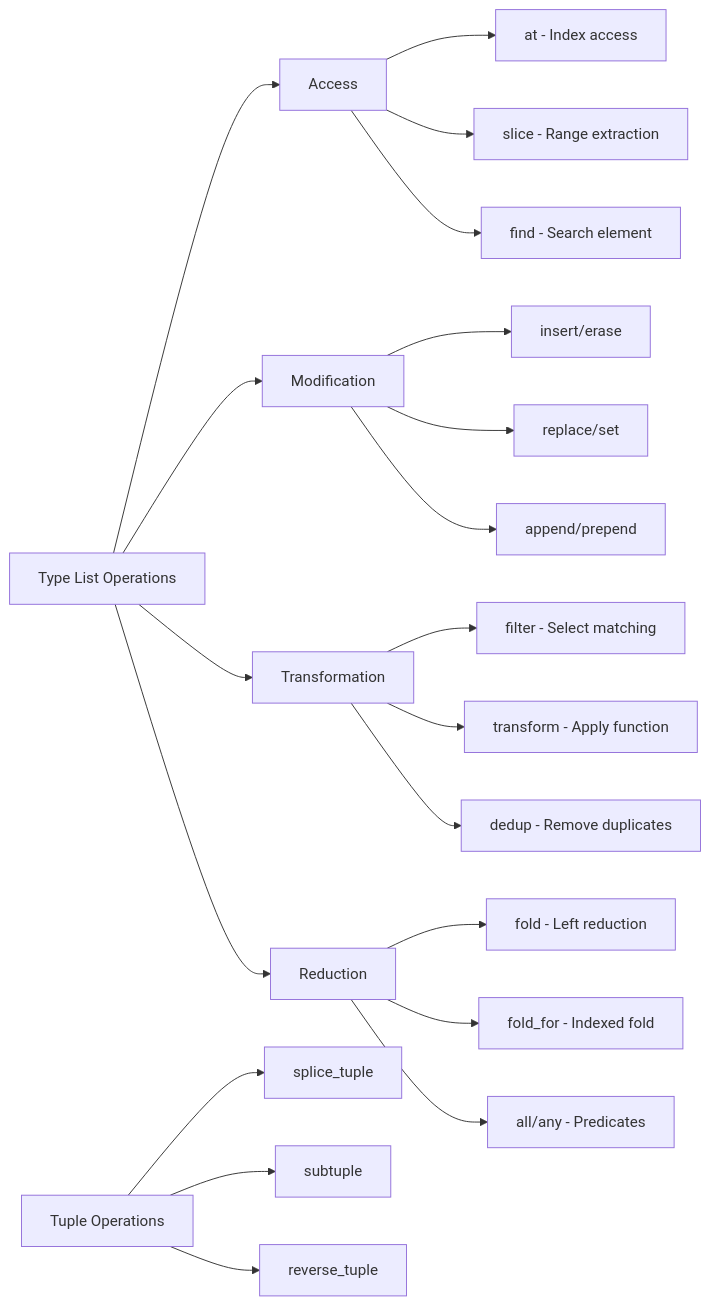
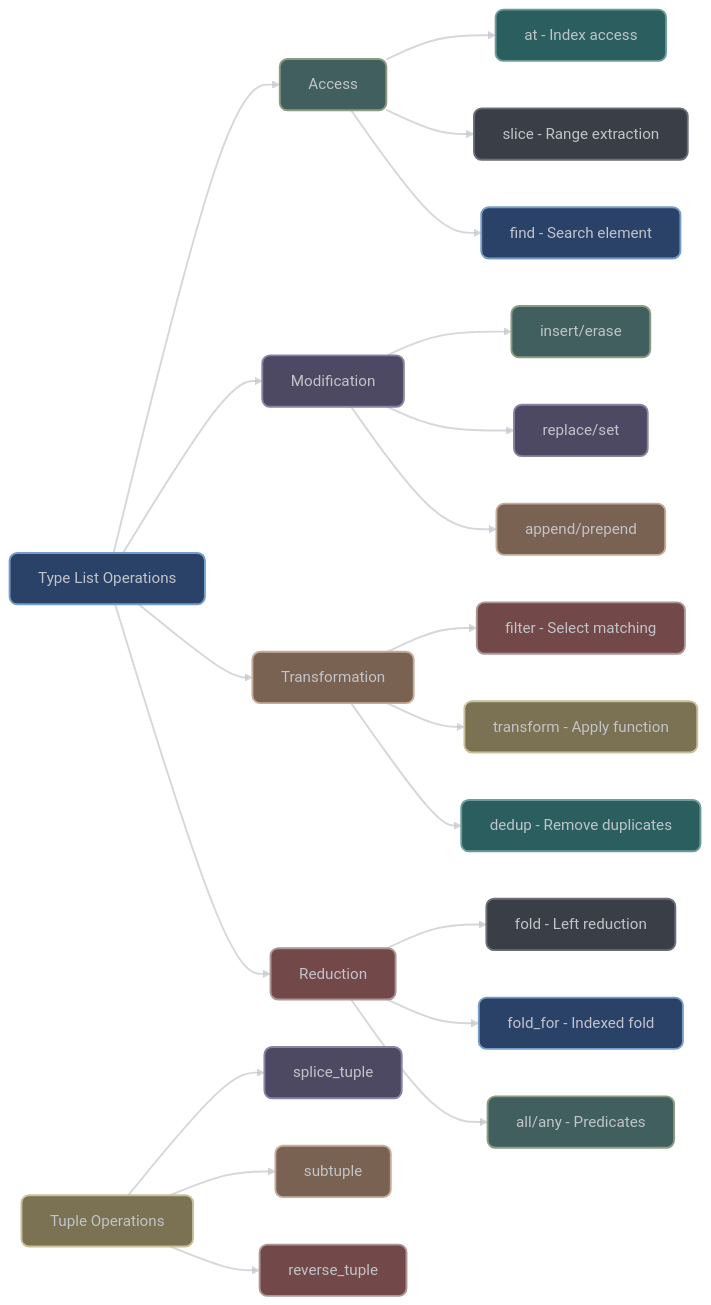
Before and after one commit to vorlac/xieite: the diagram in docs/src/categories/meta/operations.md, drawn with Mermaid. The commit also changed 44 other files, not shown here.

````diff
--- a/docs/src/categories/meta/operations.md
+++ b/docs/src/categories/meta/operations.md
@@ -346,27 +346,80 @@
 ```mermaid
+---
+config:
+    theme: 'base'
+    curve: 'straight'
+    themeVariables:
+        darkMode: true
+        clusterBkg: '#22272f62'
+        clusterBorder: '#6a6f77ff'
+        clusterTextColor: '#6a6f77ff'
+        lineColor: '#C1C4CAAA'
+        background: '#262B33'
+        primaryColor: '#2b4268ff'
+        primaryTextColor: '#C1C4CAff'
+        primaryBorderColor: '#6a6f77ff'
+        primaryLabelBkg: '#262B33'
+        secondaryColor: '#425f5fff'
+        secondaryBorderColor: '#8c9c81ff'
+        secondaryTextColor: '#C1C4CAff'
+        tertiaryColor: '#4d4962ff'
+        tertiaryBorderColor: '#8983a5ff'
+        tertiaryTextColor: '#eeeeee55'
+        nodeTextColor: '#C1C4CA'
+        defaultLinkColor: '#C1C4CA'
+        edgeLabelBackground: '#262B33'
+        edgeLabelBorderColor: '#C1C4CA'
+        labelTextColor: '#C1C4CA'
+        errorBkgColor: '#724848ff'
+        errorTextColor: '#C1C4CA'
+---
 graph LR
     A[Type List Operations] --> B[Access]
     A --> C[Modification]
     A --> D[Transformation]
     A --> E[Reduction]
 
     B --> B1[at - Index access]
     B --> B2[slice - Range extraction]
     B --> B3[find - Search element]
 
     C --> C1[insert/erase]
     C --> C2[replace/set]
     C --> C3[append/prepend]
 
     D --> D1[filter - Select matching]
     D --> D2[transform - Apply function]
     D --> D3[dedup - Remove duplicates]
 
     E --> E1[fold - Left reduction]
     E --> E2[fold_for - Indexed fold]
     E --> E3[all/any - Predicates]
 
     F[Tuple Operations] --> F1[splice_tuple]
     F --> F2[subtuple]
     F --> F3[reverse_tuple]
+
+linkStyle default stroke:#C1C4CAaa,stroke-width:2px,color:#C1C4CAaa
+
+style A fill:#2b4268ff,stroke:#779DC9ff,stroke-width:2px,color:#C1C4CA,rx:8,ry:8
+style B fill:#425f5fff,stroke:#8c9c81ff,stroke-width:2px,color:#C1C4CA,rx:8,ry:8
+style C fill:#4d4962ff,stroke:#8983a5ff,stroke-width:2px,color:#C1C4CA,rx:8,ry:8
+style D fill:#7a6253ff,stroke:#c7ac9bff,stroke-width:2px,color:#C1C4CA,rx:8,ry:8
+style E fill:#724848ff,stroke:#ac9696ff,stroke-width:2px,color:#C1C4CA,rx:8,ry:8
+style F fill:#7a7253ff,stroke:#c7c19bff,stroke-width:2px,color:#C1C4CA,rx:8,ry:8
+style B1 fill:#2b5f5fff,stroke:#6d9c9cff,stroke-width:2px,color:#C1C4CA,rx:8,ry:8
+style B2 fill:#3a3f47ff,stroke:#6a6f77ff,stroke-width:2px,color:#C1C4CA,rx:8,ry:8
+style B3 fill:#2b4268ff,stroke:#779DC9ff,stroke-width:2px,color:#C1C4CA,rx:8,ry:8
+style C1 fill:#425f5fff,stroke:#8c9c81ff,stroke-width:2px,color:#C1C4CA,rx:8,ry:8
+style C2 fill:#4d4962ff,stroke:#8983a5ff,stroke-width:2px,color:#C1C4CA,rx:8,ry:8
+style C3 fill:#7a6253ff,stroke:#c7ac9bff,stroke-width:2px,color:#C1C4CA,rx:8,ry:8
+style D1 fill:#724848ff,stroke:#ac9696ff,stroke-width:2px,color:#C1C4CA,rx:8,ry:8
+style D2 fill:#7a7253ff,stroke:#c7c19bff,stroke-width:2px,color:#C1C4CA,rx:8,ry:8
+style D3 fill:#2b5f5fff,stroke:#6d9c9cff,stroke-width:2px,color:#C1C4CA,rx:8,ry:8
+style E1 fill:#3a3f47ff,stroke:#6a6f77ff,stroke-width:2px,color:#C1C4CA,rx:8,ry:8
+style E2 fill:#2b4268ff,stroke:#779DC9ff,stroke-width:2px,color:#C1C4CA,rx:8,ry:8
+style E3 fill:#425f5fff,stroke:#8c9c81ff,stroke-width:2px,color:#C1C4CA,rx:8,ry:8
+style F1 fill:#4d4962ff,stroke:#8983a5ff,stroke-width:2px,color:#C1C4CA,rx:8,ry:8
+style F2 fill:#7a6253ff,stroke:#c7ac9bff,stroke-width:2px,color:#C1C4CA,rx:8,ry:8
+style F3 fill:#724848ff,stroke:#ac9696ff,stroke-width:2px,color:#C1C4CA,rx:8,ry:8
 ```
````
